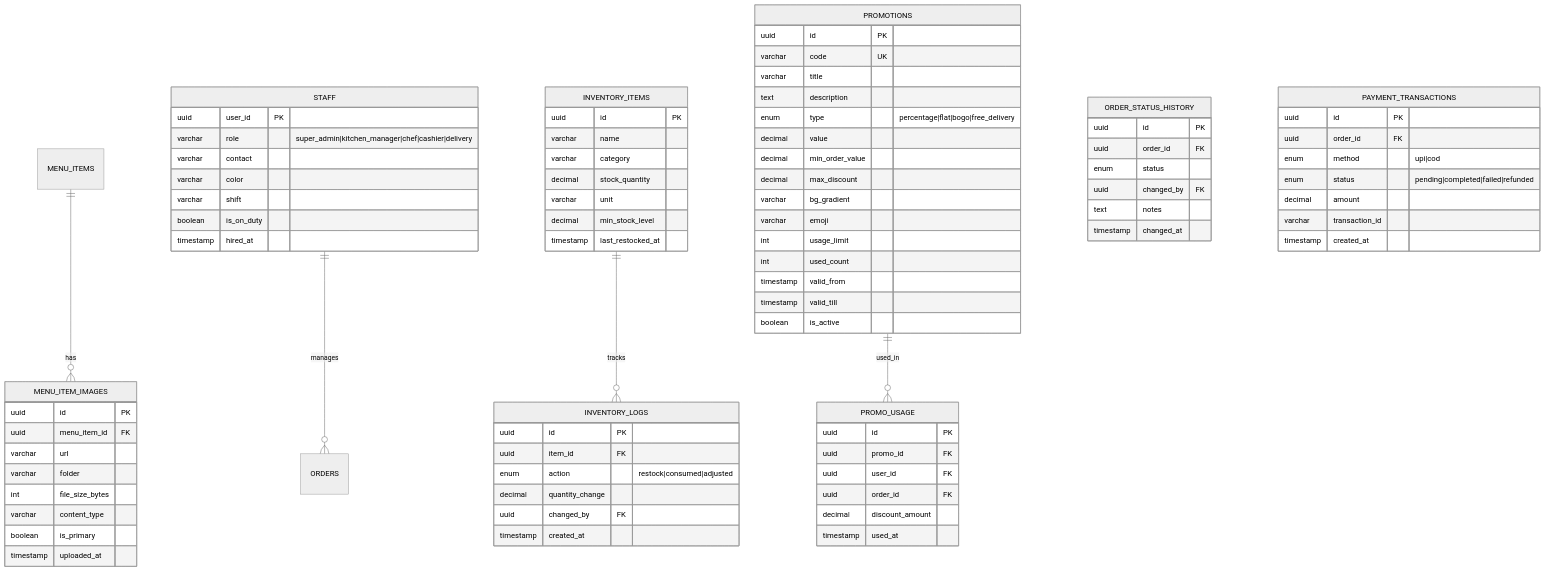
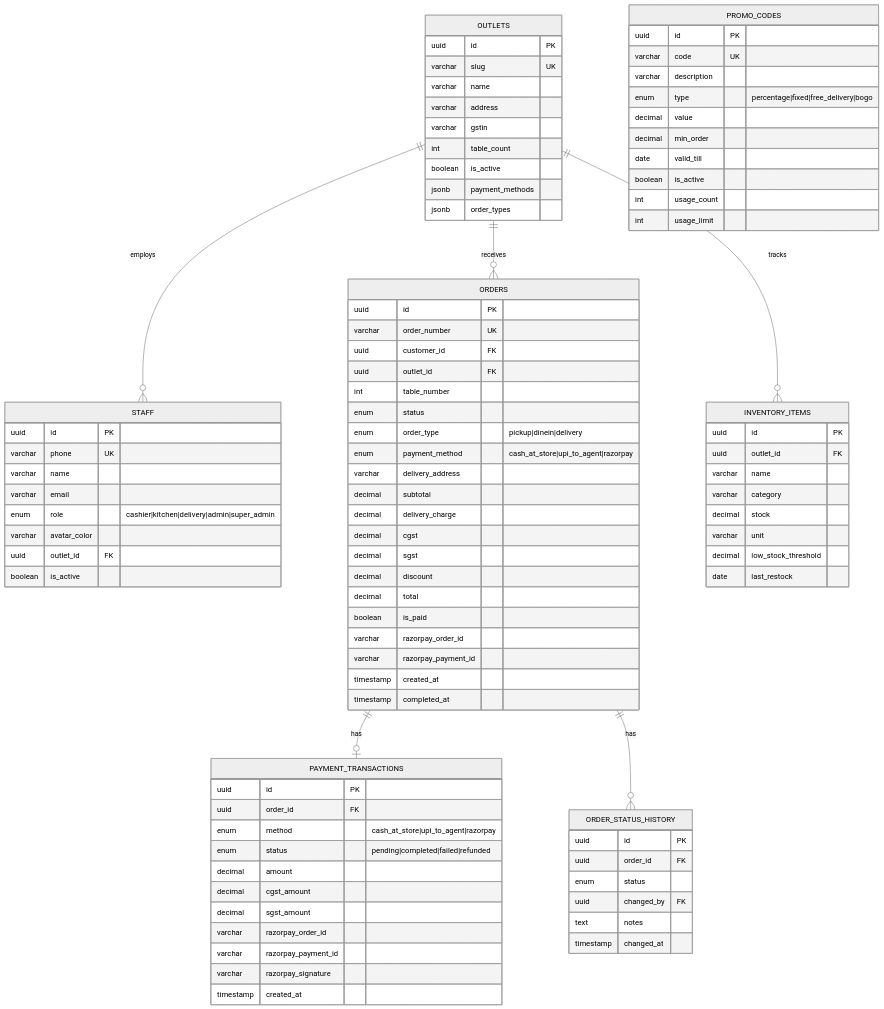
The fifth of 7 diagrams in campus_food_ordering_system/docs/admin_portal_system_design.md (csanni/frescos-app), drawn with Mermaid (neutral theme) before and after one commit. The commit also changed other lines of this file and 3 other files, not shown here.

````diff
--- a/campus_food_ordering_system/docs/admin_portal_system_design.md
+++ b/campus_food_ordering_system/docs/admin_portal_system_design.md
@@ -579,75 +628,63 @@
 ```mermaid
 erDiagram
-    MENU_ITEMS ||--o{ MENU_ITEM_IMAGES : has
-    STAFF ||--o{ ORDERS : manages
-    INVENTORY_ITEMS ||--o{ INVENTORY_LOGS : tracks
-    PROMOTIONS ||--o{ PROMO_USAGE : used_in
-
-    MENU_ITEM_IMAGES {
+    OUTLETS {
         uuid id PK
-        uuid menu_item_id FK
-        varchar url
-        varchar folder
-        int file_size_bytes
-        varchar content_type
-        boolean is_primary
-        timestamp uploaded_at
+        varchar slug UK
+        varchar name
+        varchar address
+        varchar gstin
+        int table_count
+        boolean is_active
+        jsonb payment_methods
+        jsonb order_types
     }
 
     STAFF {
-        uuid user_id PK
-        varchar role "super_admin|kitchen_manager|chef|cashier|delivery"
-        varchar contact
-        varchar color
-        varchar shift
-        boolean is_on_duty
-        timestamp hired_at
-    }
-
-    INVENTORY_ITEMS {
         uuid id PK
+        varchar phone UK
         varchar name
-        varchar category
-        decimal stock_quantity
-        varchar unit
-        decimal min_stock_level
-        timestamp last_restocked_at
-    }
-
-    INVENTORY_LOGS {
-        uuid id PK
-        uuid item_id FK
-        enum action "restock|consumed|adjusted"
-        decimal quantity_change
-        uuid changed_by FK
-        timestamp created_at
-    }
-
-    PROMOTIONS {
-        uuid id PK
-        varchar code UK
-        varchar title
-        text description
-        enum type "percentage|flat|bogo|free_delivery"
-        decimal value
-        decimal min_order_value
-        decimal max_discount
-        varchar bg_gradient
-        varchar emoji
-        int usage_limit
-        int used_count
-        timestamp valid_from
-        timestamp valid_till
+        varchar email
+        enum role "cashier|kitchen|delivery|admin|super_admin"
+        varchar avatar_color
+        uuid outlet_id FK
         boolean is_active
     }
 
-    PROMO_USAGE {
+    ORDERS {
         uuid id PK
-        uuid promo_id FK
-        uuid user_id FK
+        varchar order_number UK
+        uuid customer_id FK
+        uuid outlet_id FK
+        int table_number
+        enum status
+        enum order_type "pickup|dinein|delivery"
+        enum payment_method "cash_at_store|upi_to_agent|razorpay"
+        varchar delivery_address
+        decimal subtotal
+        decimal delivery_charge
+        decimal cgst
+        decimal sgst
+        decimal discount
+        decimal total
+        boolean is_paid
+        varchar razorpay_order_id
+        varchar razorpay_payment_id
+        timestamp created_at
+        timestamp completed_at
+    }
+
+    PAYMENT_TRANSACTIONS {
+        uuid id PK
         uuid order_id FK
-        decimal discount_amount
-        timestamp used_at
+        enum method "cash_at_store|upi_to_agent|razorpay"
+        enum status "pending|completed|failed|refunded"
+        decimal amount
+        decimal cgst_amount
+        decimal sgst_amount
+        varchar razorpay_order_id
+        varchar razorpay_payment_id
+        varchar razorpay_signature
+        timestamp created_at
     }
 
     ORDER_STATUS_HISTORY {
@@ -659,13 +696,33 @@
         timestamp changed_at
     }
 
-    PAYMENT_TRANSACTIONS {
+    PROMO_CODES {
         uuid id PK
-        uuid order_id FK
-        enum method "upi|cod"
-        enum status "pending|completed|failed|refunded"
-        decimal amount
-        varchar transaction_id
-        timestamp created_at
+        varchar code UK
+        varchar description
+        enum type "percentage|fixed|free_delivery|bogo"
+        decimal value
+        decimal min_order
+        date valid_till
+        boolean is_active
+        int usage_count
+        int usage_limit
     }
+
+    INVENTORY_ITEMS {
+        uuid id PK
+        uuid outlet_id FK
+        varchar name
+        varchar category
+        decimal stock
+        varchar unit
+        decimal low_stock_threshold
+        date last_restock
+    }
+
+    OUTLETS ||--o{ ORDERS : "receives"
+    OUTLETS ||--o{ STAFF : "employs"
+    OUTLETS ||--o{ INVENTORY_ITEMS : "tracks"
+    ORDERS ||--o| PAYMENT_TRANSACTIONS : "has"
+    ORDERS ||--o{ ORDER_STATUS_HISTORY : "has"
 ```
````
